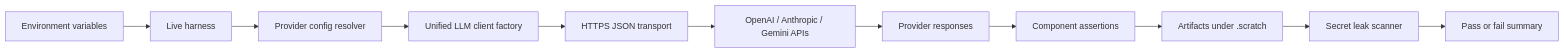
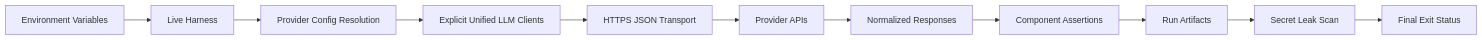
Before and after one commit to jaytaylor/attractor-tcl: the fourth of 5 diagrams in docs/sprints/SPRINT-004-comprehensive-implementation-plan.md, drawn with Mermaid. The commit also changed other lines of this file, not shown here.

````diff
--- a/docs/sprints/SPRINT-004-comprehensive-implementation-plan.md
+++ b/docs/sprints/SPRINT-004-comprehensive-implementation-plan.md
@@ -2656,13 +1189,13 @@
 ```mermaid
 flowchart LR
-  ENV[Environment variables] --> HARNESS[Live harness]
-  HARNESS --> CFG[Provider config resolver]
-  CFG --> CLIENT[Unified LLM client factory]
-  CLIENT --> TRANSPORT[HTTPS JSON transport]
-  TRANSPORT --> PROVIDERS[OpenAI / Anthropic / Gemini APIs]
-  PROVIDERS --> RESP[Provider responses]
-  RESP --> TESTS[Component assertions]
-  TESTS --> ART[Artifacts under .scratch]
-  ART --> SCAN[Secret leak scanner]
-  SCAN --> RESULT[Pass or fail summary]
+  ENV[Environment Variables] --> HARNESS[Live Harness]
+  HARNESS --> CFG[Provider Config Resolution]
+  CFG --> CLIENTS[Explicit Unified LLM Clients]
+  CLIENTS --> HTTP[HTTPS JSON Transport]
+  HTTP --> PROVIDERS[Provider APIs]
+  PROVIDERS --> RESP[Normalized Responses]
+  RESP --> TESTS[Component Assertions]
+  TESTS --> ARTIFACTS[Run Artifacts]
+  ARTIFACTS --> SCAN[Secret Leak Scan]
+  SCAN --> RESULT[Final Exit Status]
 ```
````
